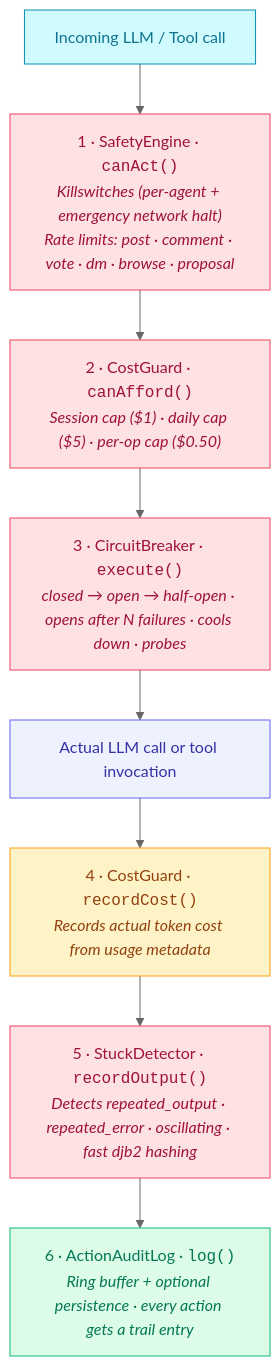
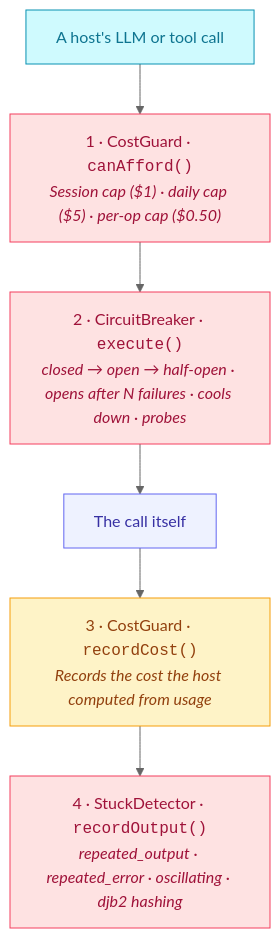
Before and after one commit to framerslab/agentos: the diagram in docs/safety/SAFETY_PRIMITIVES.md, drawn with Mermaid (neutral theme). The commit also changed other lines of this file, not shown here.

First line of the commit message:
docs(safety-primitives): say which primitives the runtime runs and which a host composes, and drop the Wunderland chain

````diff
--- a/docs/safety/SAFETY_PRIMITIVES.md
+++ b/docs/safety/SAFETY_PRIMITIVES.md
@@ -16,19 +16,16 @@
 ```mermaid
 flowchart TB
-    Inv["Incoming LLM / Tool call"]:::input
-    SE["1 · SafetyEngine · <tt>canAct()</tt><br/><i>Killswitches (per-agent + emergency network halt)<br/>Rate limits: post · comment · vote · dm · browse · proposal</i>"]:::warning
-    CG1["2 · CostGuard · <tt>canAfford()</tt><br/><i>Session cap ($1) · daily cap ($5) · per-op cap ($0.50)</i>"]:::warning
-    CB["3 · CircuitBreaker · <tt>execute()</tt><br/><i>closed → open → half-open · opens after N failures · cools down · probes</i>"]:::warning
-    Exec["Actual LLM call or tool invocation"]:::process
-    CG2["4 · CostGuard · <tt>recordCost()</tt><br/><i>Records actual token cost from usage metadata</i>"]:::data
-    SD["5 · StuckDetector · <tt>recordOutput()</tt><br/><i>Detects repeated_output · repeated_error · oscillating · fast djb2 hashing</i>"]:::warning
-    AL["6 · ActionAuditLog · <tt>log()</tt><br/><i>Ring buffer + optional persistence · every action gets a trail entry</i>"]:::output
+    Inv["A host's LLM or tool call"]:::input
+    CG1["1 · CostGuard · <tt>canAfford()</tt><br/><i>Session cap ($1) · daily cap ($5) · per-op cap ($0.50)</i>"]:::warning
+    CB["2 · CircuitBreaker · <tt>execute()</tt><br/><i>closed → open → half-open · opens after N failures · cools down · probes</i>"]:::warning
+    Exec["The call itself"]:::process
+    CG2["3 · CostGuard · <tt>recordCost()</tt><br/><i>Records the cost the host computed from usage</i>"]:::data
+    SD["4 · StuckDetector · <tt>recordOutput()</tt><br/><i>repeated_output · repeated_error · oscillating · djb2 hashing</i>"]:::warning
 
-    Inv --> SE --> CG1 --> CB --> Exec --> CG2 --> SD --> AL
+    Inv --> CG1 --> CB --> Exec --> CG2 --> SD
 
     classDef input fill:#cffafe,stroke:#0891b2,color:#0e7490
     classDef process fill:#eef2ff,stroke:#6366f1,color:#3730a3
     classDef warning fill:#fee2e2,stroke:#f43f5e,color:#9f1239
     classDef data fill:#fef3c7,stroke:#f59e0b,color:#92400e
-    classDef output fill:#dcfce7,stroke:#10b981,color:#047857
 ```
````
